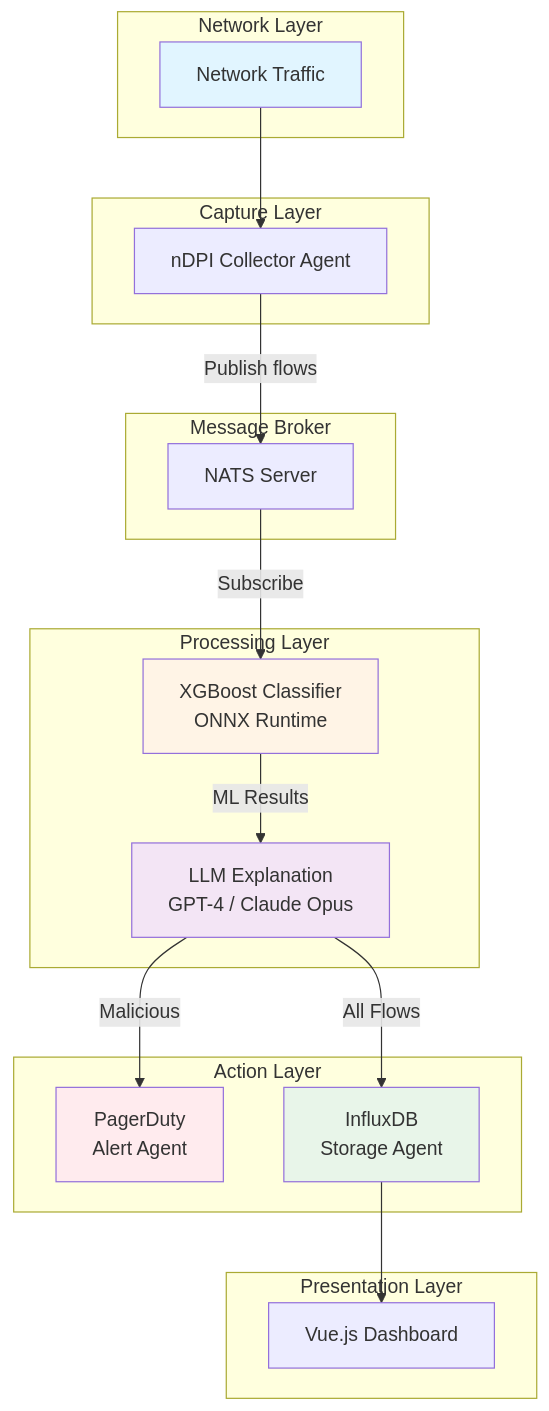
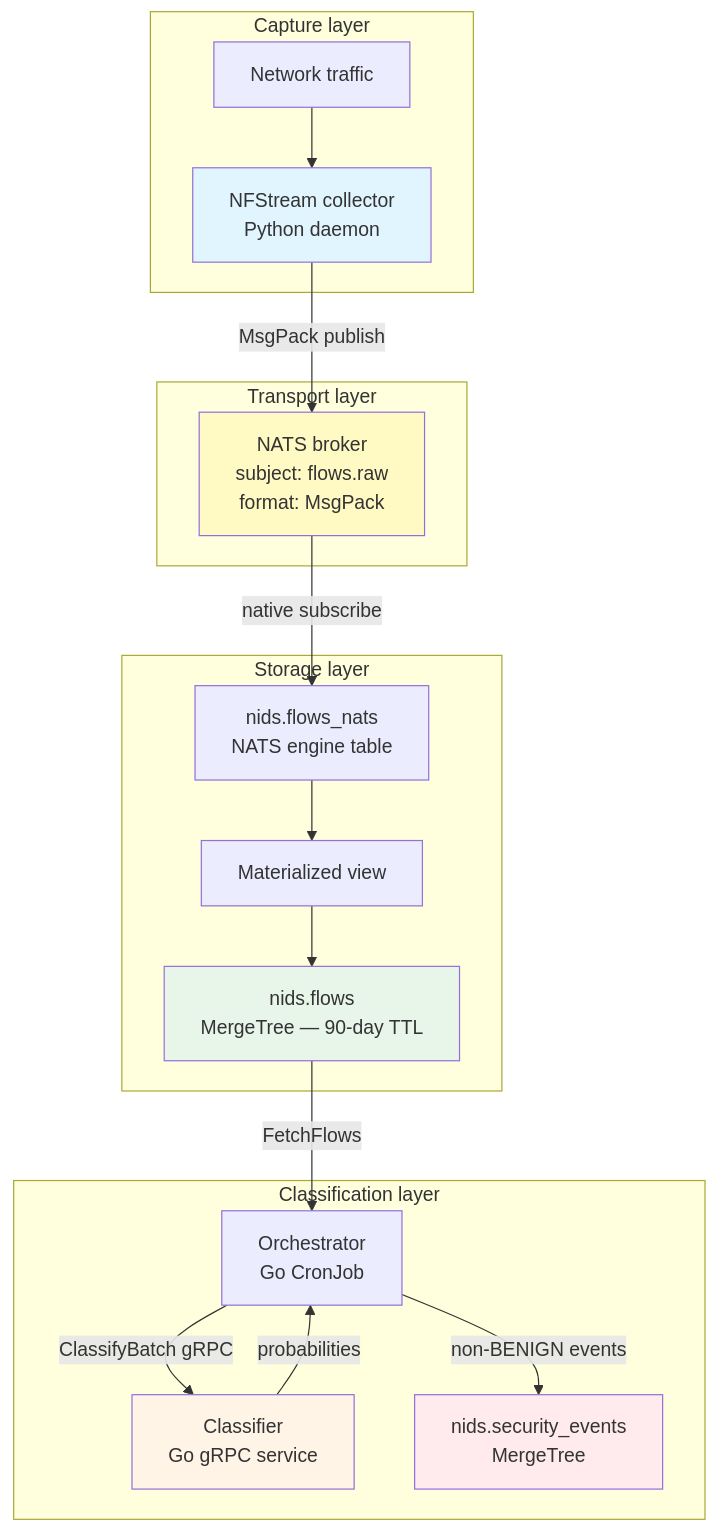
Before and after one commit to giorgiozoppi/agentic-nids: the diagram in docs/docs/architecture/overview.md, drawn with Mermaid. The commit also changed other lines of this file and 61 other files, not shown here.

````diff
--- a/docs/docs/architecture/overview.md
+++ b/docs/docs/architecture/overview.md
@@ -11,43 +9,37 @@
 ```mermaid
 graph TB
-    subgraph "Network Layer"
-        NET[Network Traffic]
+    subgraph "Capture layer"
+        NET[Network traffic]
+        COL[NFStream collector<br/>Python daemon]
+        NET --> COL
     end
 
-    subgraph "Capture Layer"
-        NDPI[nDPI Collector Agent]
-        NET --> NDPI
+    subgraph "Transport layer"
+        NATS[NATS broker<br/>subject: flows.raw<br/>format: MsgPack]
+        COL -->|MsgPack publish| NATS
     end
 
-    subgraph "Message Broker"
-        NATS[NATS Server]
-        NDPI -->|Publish flows| NATS
+    subgraph "Storage layer"
+        NATS_TBL[nids.flows_nats<br/>NATS engine table]
+        MV[Materialized view]
+        FLOWS[nids.flows<br/>MergeTree — 90-day TTL]
+        NATS -->|native subscribe| NATS_TBL
+        NATS_TBL --> MV --> FLOWS
     end
 
-    subgraph "Processing Layer"
-        CLASSIFIER[XGBoost Classifier<br/>ONNX Runtime]
-        LLM[LLM Explanation<br/>GPT-4 / Claude Opus]
-
-        NATS -->|Subscribe| CLASSIFIER
-        CLASSIFIER -->|ML Results| LLM
+    subgraph "Classification layer"
+        ORCH[Orchestrator<br/>Go CronJob]
+        CLF[Classifier<br/>Go gRPC service]
+        SE[nids.security_events<br/>MergeTree]
+        FLOWS -->|FetchFlows| ORCH
+        ORCH -->|ClassifyBatch gRPC| CLF
+        CLF -->|probabilities| ORCH
+        ORCH -->|non-BENIGN events| SE
     end
 
-    subgraph "Action Layer"
-        PD[PagerDuty<br/>Alert Agent]
-        INFLUX[InfluxDB<br/>Storage Agent]
-
-        LLM -->|Malicious| PD
-        LLM -->|All Flows| INFLUX
-    end
-
-    subgraph "Presentation Layer"
-        UI[Vue.js Dashboard]
-        INFLUX --> UI
-    end
-
-    style NET fill:#e1f5ff
-    style CLASSIFIER fill:#fff4e6
-    style LLM fill:#f3e5f5
-    style PD fill:#ffebee
-    style INFLUX fill:#e8f5e9
+    style COL fill:#e1f5ff
+    style NATS fill:#fff9c4
+    style FLOWS fill:#e8f5e9
+    style CLF fill:#fff4e6
+    style SE fill:#ffebee
 ```
````
